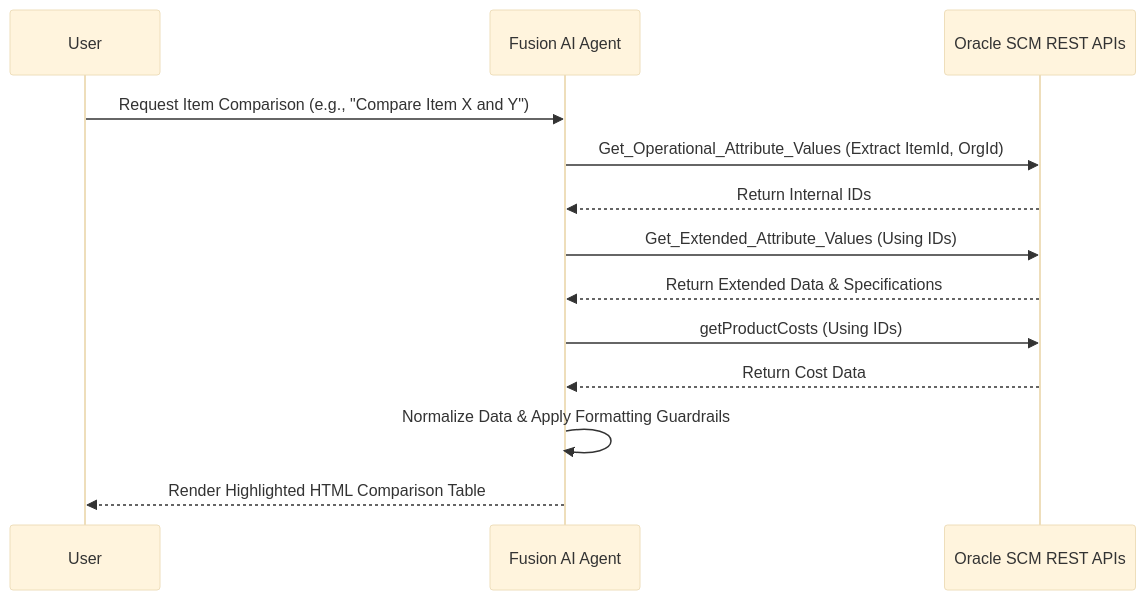
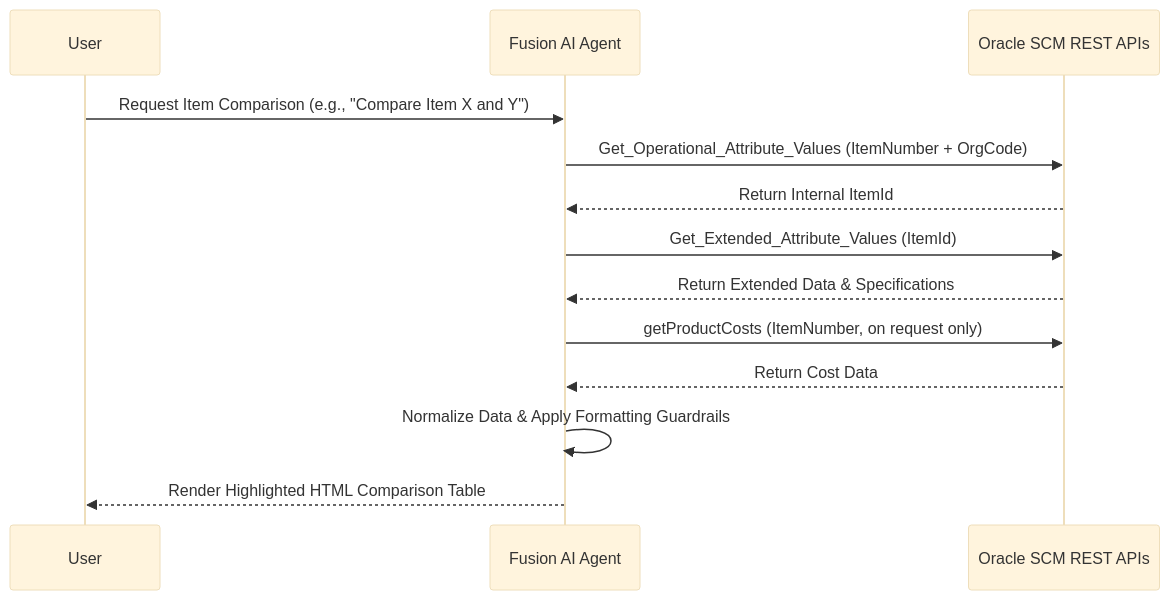
The diagram in README.md (Shreyansh2203/Product-Comparison-Advisor---AI-Agent), drawn with Mermaid (base theme) before and after one commit. The commit also changed other lines of this file and 3 other files, not shown here.

````diff
--- a/README.md
+++ b/README.md
@@ -39,16 +40,16 @@
 ```mermaid
 sequenceDiagram
     participant User
     participant Agent as Fusion AI Agent
     participant Oracle as Oracle SCM REST APIs
     
     User->>Agent: Request Item Comparison (e.g., "Compare Item X and Y")
-    Agent->>Oracle: Get_Operational_Attribute_Values (Extract ItemId, OrgId)
-    Oracle-->>Agent: Return Internal IDs
-    Agent->>Oracle: Get_Extended_Attribute_Values (Using IDs)
+    Agent->>Oracle: Get_Operational_Attribute_Values (ItemNumber + OrgCode)
+    Oracle-->>Agent: Return Internal ItemId
+    Agent->>Oracle: Get_Extended_Attribute_Values (ItemId)
     Oracle-->>Agent: Return Extended Data & Specifications
-    Agent->>Oracle: getProductCosts (Using IDs)
+    Agent->>Oracle: getProductCosts (ItemNumber, on request only)
     Oracle-->>Agent: Return Cost Data
     Agent->>Agent: Normalize Data & Apply Formatting Guardrails
     Agent-->>User: Render Highlighted HTML Comparison Table
 ```
````
